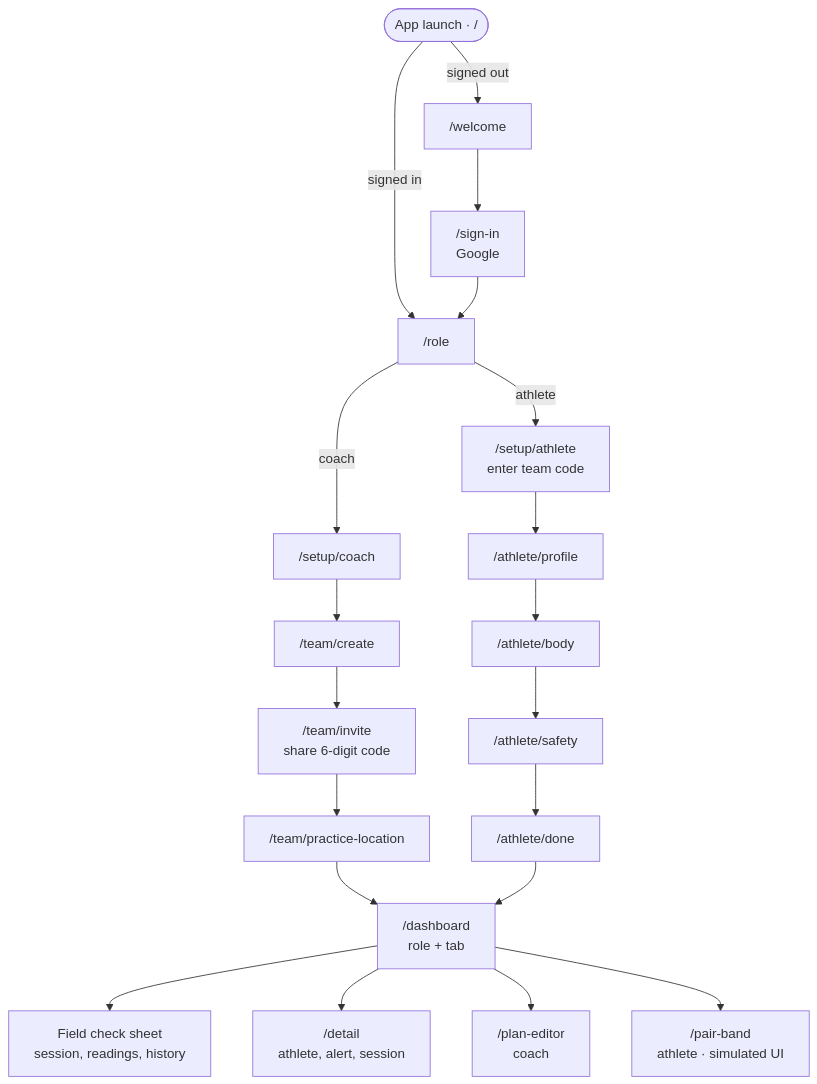
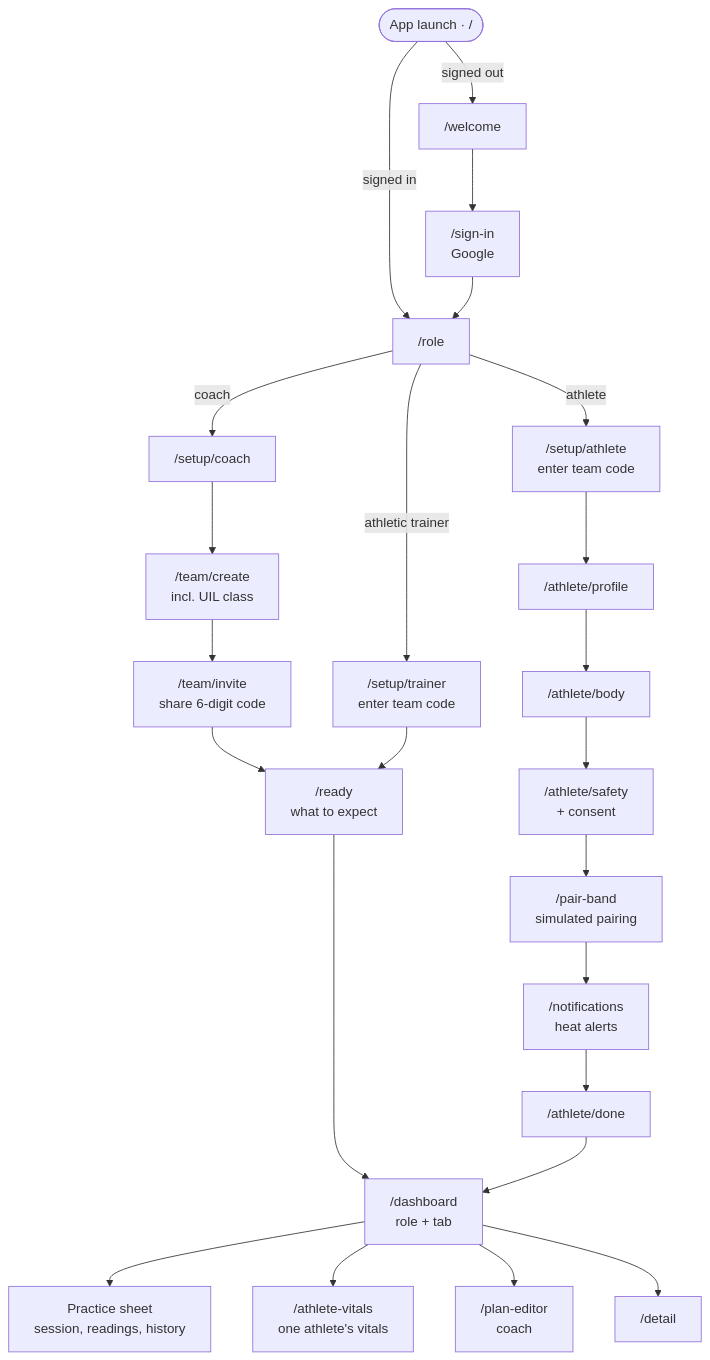
Diagram 14 of 16 in README.md (s-k-28/heatsense), drawn with Mermaid before and after one commit. The commit also changed other lines of this file and 8 other files, not shown here.

First line of the commit message:
README: full technical refresh with diagrams, charts and screenshots

````diff
--- a/README.md
+++ b/README.md
@@ -421,27 +653,31 @@
 ```mermaid
 flowchart TD
     Start(["App launch · /"]) -->|signed out| Welcome["/welcome"]
     Start -->|signed in| Role["/role"]
     Welcome --> SignIn["/sign-in<br/>Google"]
     SignIn --> Role
 
     Role -->|coach| SetupCoach["/setup/coach"]
     Role -->|athlete| SetupAthlete["/setup/athlete<br/>enter team code"]
+    Role -->|athletic trainer| SetupTrainer["/setup/trainer<br/>enter team code"]
 
-    SetupCoach --> TeamCreate["/team/create"]
+    SetupCoach --> TeamCreate["/team/create<br/>incl. UIL class"]
     TeamCreate --> TeamInvite["/team/invite<br/>share 6-digit code"]
-    TeamInvite --> Location["/team/practice-location"]
-    Location --> Dash
+    TeamInvite --> Ready["/ready<br/>what to expect"]
+    SetupTrainer --> Ready
+    Ready --> Dash
 
     SetupAthlete --> Profile["/athlete/profile"]
     Profile --> Body["/athlete/body"]
-    Body --> Safety["/athlete/safety"]
-    Safety --> Done["/athlete/done"]
+    Body --> Safety["/athlete/safety<br/>+ consent"]
+    Safety --> Pair["/pair-band<br/>simulated pairing"]
+    Pair --> Alerts["/notifications<br/>heat alerts"]
+    Alerts --> Done["/athlete/done"]
     Done --> Dash
 
     Dash["/dashboard<br/>role + tab"]
-    Dash --> FieldCheck["Field check sheet<br/>session, readings, history"]
-    Dash --> Detail["/detail<br/>athlete, alert, session"]
+    Dash --> FieldCheck["Practice sheet<br/>session, readings, history"]
+    Dash --> Vitals["/athlete-vitals<br/>one athlete's vitals"]
     Dash --> PlanEditor["/plan-editor<br/>coach"]
-    Dash --> PairBand["/pair-band<br/>athlete · simulated UI"]
+    Dash --> Detail["/detail"]
 ```
````
